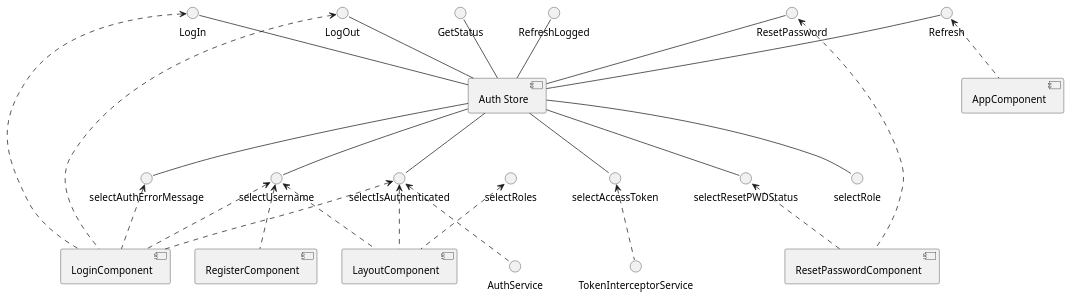
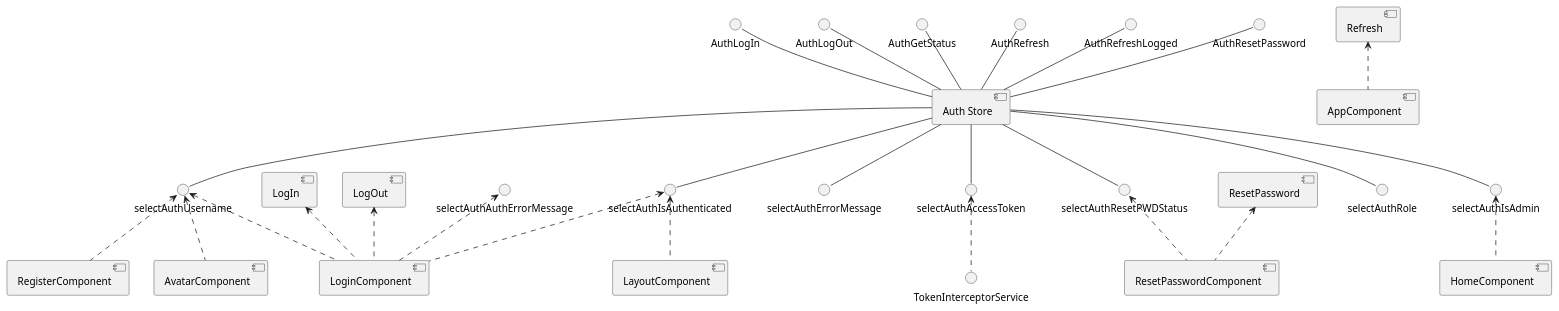
One commit to HISPAMUS/muret changed the first of 10 diagrams in documentation/puml/angular.puml. Above: the diagram before and after it, drawn with PlantUML. The commit also changed other lines of this file and 3 other files, not shown here.

```diff
--- a/documentation/puml/angular.puml
+++ b/documentation/puml/angular.puml
@@ -3,32 +3,32 @@
 @startuml auth_store_component
     ' Auth
     [Auth Store]
-    LogIn -- [Auth Store]
-    LogOut -- [Auth Store]
-    GetStatus -- [Auth Store]
-    Refresh -- [Auth Store]
-    RefreshLogged -- [Auth Store]
-    ResetPassword -- [Auth Store]
-    [Auth Store] -- selectIsAuthenticated
-    [Auth Store] -- selectUsername
+    AuthLogIn -- [Auth Store]
+    AuthLogOut -- [Auth Store]
+    AuthGetStatus -- [Auth Store]
+    AuthRefresh -- [Auth Store]
+    AuthRefreshLogged -- [Auth Store]
+    AuthResetPassword -- [Auth Store]
+    [Auth Store] -- selectAuthIsAuthenticated
+    [Auth Store] -- selectAuthUsername
     [Auth Store] -- selectAuthErrorMessage
-    [Auth Store] -- selectAccessToken
-    [Auth Store] -- selectResetPWDStatus
-    [Auth Store] -- selectRole
+    [Auth Store] -- selectAuthAccessToken
+    [Auth Store] -- selectAuthResetPWDStatus
+    [Auth Store] -- selectAuthRole
+    [Auth Store] -- selectAuthIsAdmin
 
     [LogIn] <.. [LoginComponent]
     [LogOut] <.. [LoginComponent]
     [Refresh] <.. [AppComponent]
 
     [ResetPassword] <.. [ResetPasswordComponent]
-    selectIsAuthenticated <.. AuthService
-    selectIsAuthenticated <.. [LoginComponent]
-    selectIsAuthenticated <.. [LayoutComponent]
-    selectUsername <.. [LoginComponent]
-    selectUsername <.. [RegisterComponent]
-    selectUsername <.. [LayoutComponent]
-    selectAuthErrorMessage <.. [LoginComponent]
-    selectAccessToken <.. TokenInterceptorService
-    selectResetPWDStatus <.. [ResetPasswordComponent]
-    selectRoles <.. [LayoutComponent]
+    selectAuthIsAuthenticated <.. [LoginComponent]
+    selectAuthIsAuthenticated <.. [LayoutComponent]
+    selectAuthUsername <.. [LoginComponent]
+    selectAuthUsername <.. [RegisterComponent]
+    selectAuthUsername <.. [AvatarComponent]
+    selectAuthAuthErrorMessage <.. [LoginComponent]
+    selectAuthAccessToken <.. TokenInterceptorService
+    selectAuthResetPWDStatus <.. [ResetPasswordComponent]
+    selectAuthIsAdmin <.. [HomeComponent]
 @enduml
```
